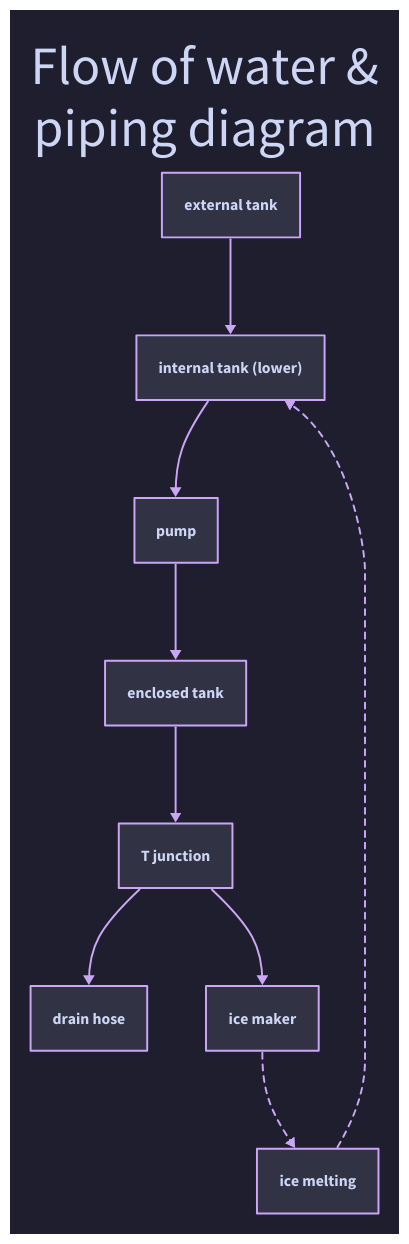
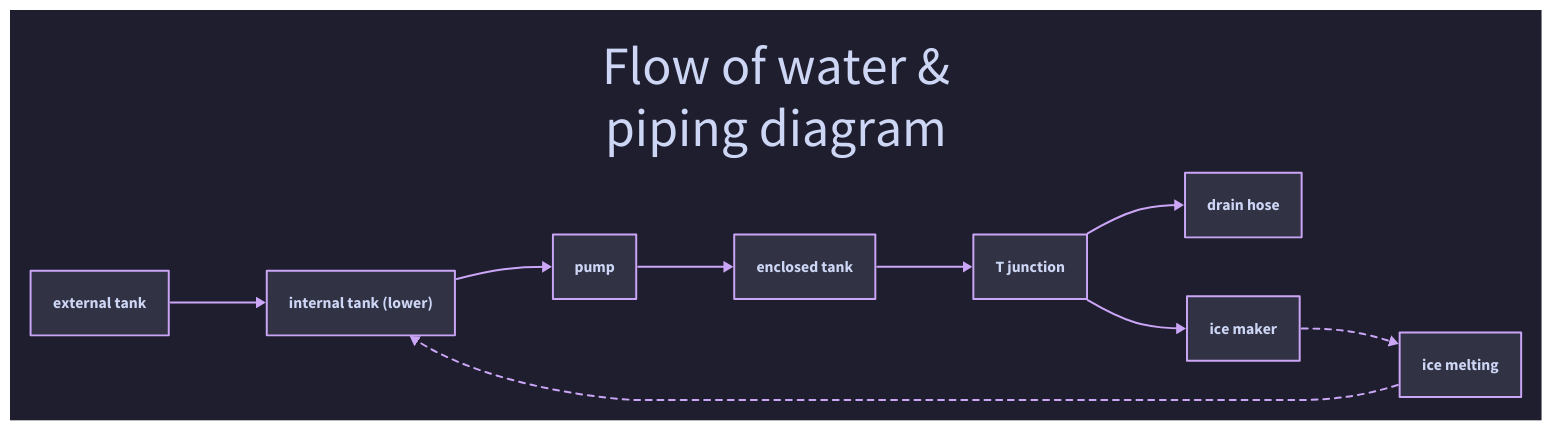
Before and after one commit to SomeAspy/GE-Opal-2-fixes: the diagram in pipes.d2, drawn with D2. The commit also changed 1 other file, not shown here.

Commit message:
make graph horizontal

```diff
--- a/pipes.d2
+++ b/pipes.d2
@@ -1,24 +1,25 @@
 vars: {
   d2-config: {
     theme-id: 200
   }
 }
+direction: right
 title: Flow of water &\npiping diagram {
   shape: text
   near: top-center
   style: {
     font-size: 55
   }
 }
 external tank -> internal tank (lower)
 internal tank (lower) -> pump
 pump -> enclosed tank
 enclosed tank -> T junction
 T junction -> drain hose
 T junction -> ice maker
 
 ice maker -> ice melting -> internal tank (lower) {
   style: {
     stroke-dash: 3
   }
 }
```
